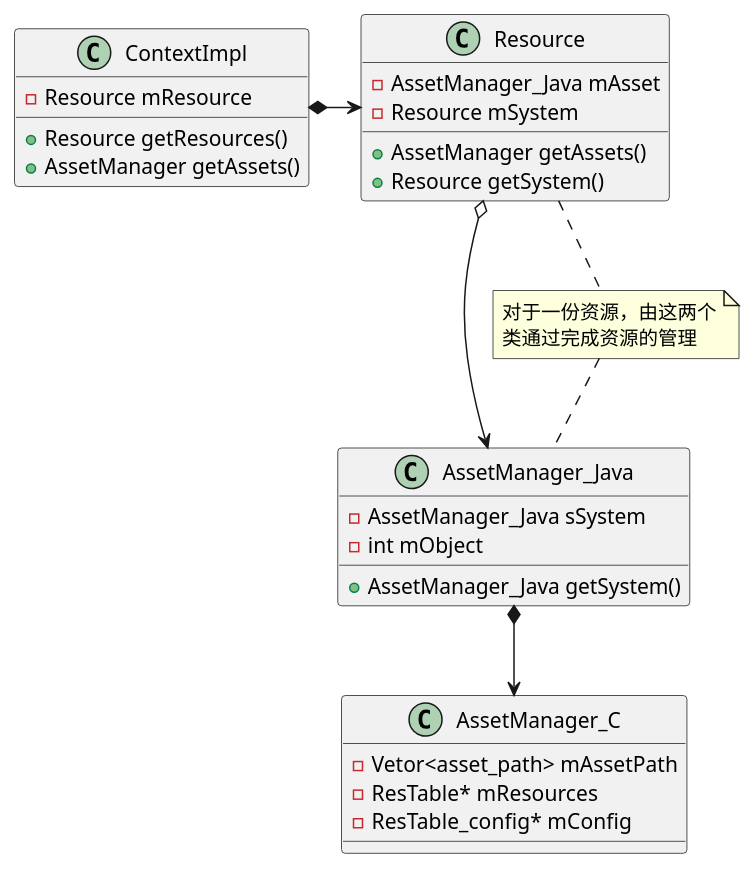
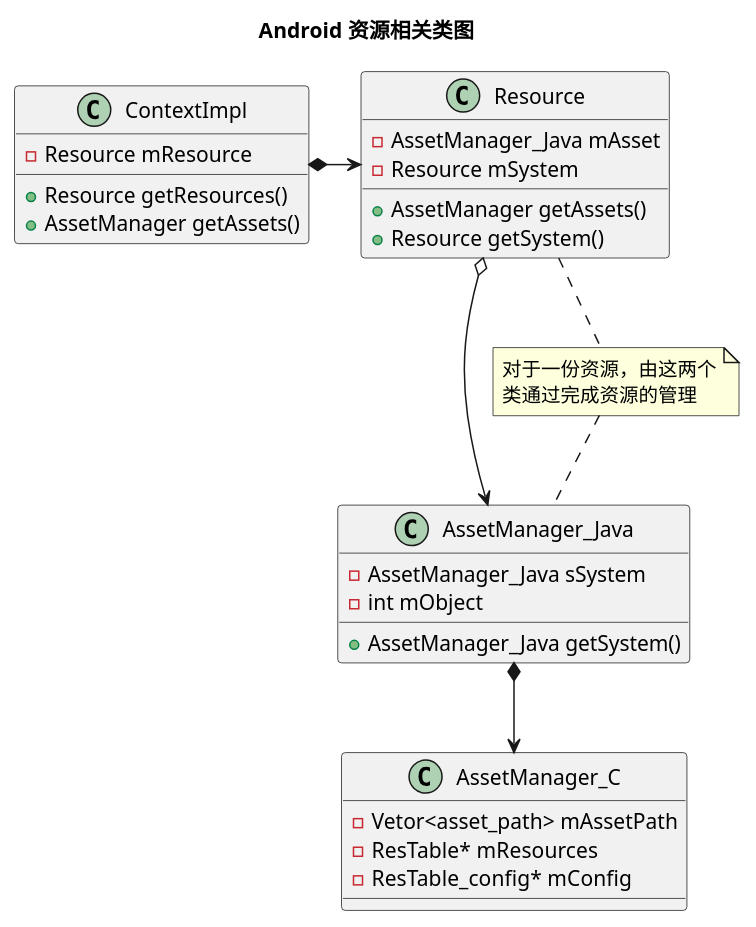
Before and after one commit to zhijianz/DevelopNotes: the diagram in DLProjects/Android Context Notes/UML/ResourceStructure.pu, drawn with PlantUML. The commit also changed 32 other files, not shown here.

```diff
--- a/DLProjects/Android Context Notes/UML/ResourceStructure.pu
+++ b/DLProjects/Android Context Notes/UML/ResourceStructure.pu
@@ -1,38 +1,40 @@
 @startuml
+title Android 资源相关类图
+
 class ContextImpl {
   - Resource mResource
   + Resource getResources()
   + AssetManager getAssets()
 }
 
 class Resource {
   - AssetManager_Java mAsset
   - Resource mSystem
   + AssetManager getAssets()
   + Resource getSystem()
 }
 
 class AssetManager_Java {
   - AssetManager_Java sSystem
   - int mObject
   + AssetManager_Java getSystem()
 }
 
 class AssetManager_C {
   - Vetor<asset_path> mAssetPath
   - ResTable* mResources
   - ResTable_config* mConfig
 }
 
 note as resManager
 对于一份资源，由这两个
 类通过完成资源的管理
 end note
 
 ContextImpl *-> Resource
 Resource o--> AssetManager_Java
 AssetManager_Java *-->AssetManager_C
 
 Resource .. resManager
 resManager .. AssetManager_Java
 @enduml
```
